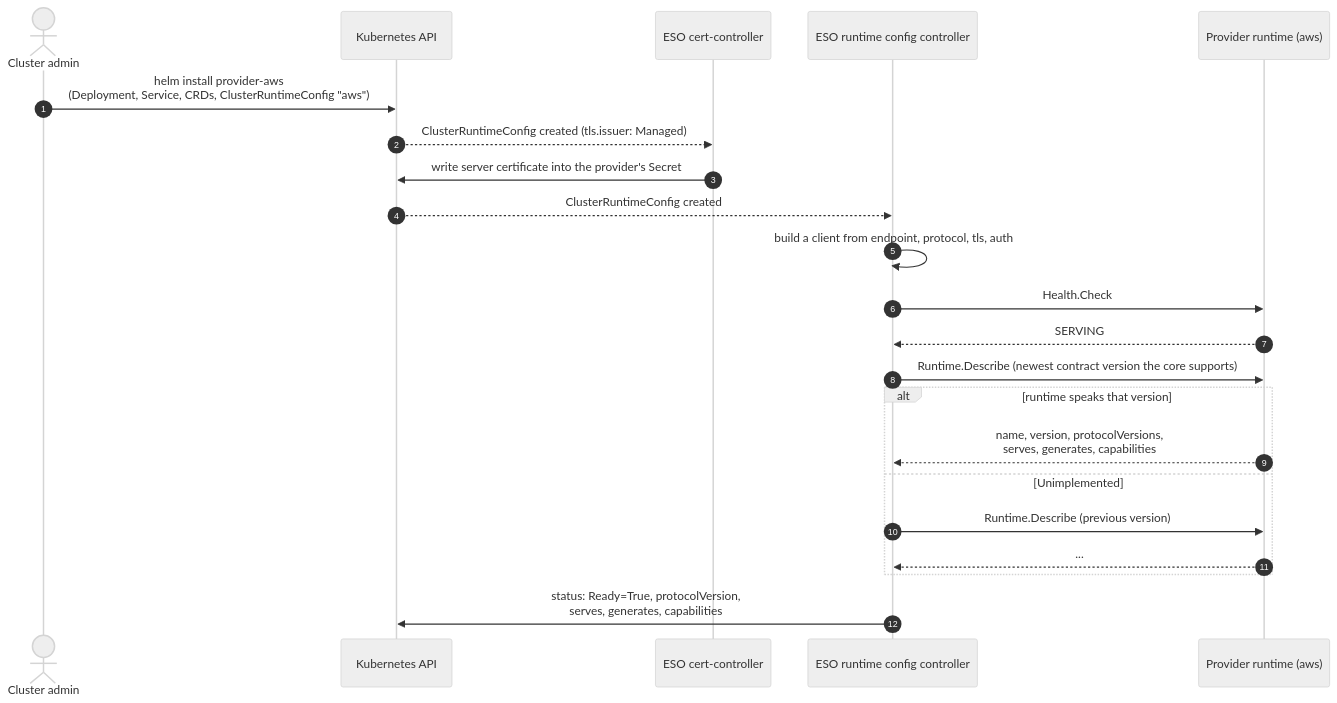
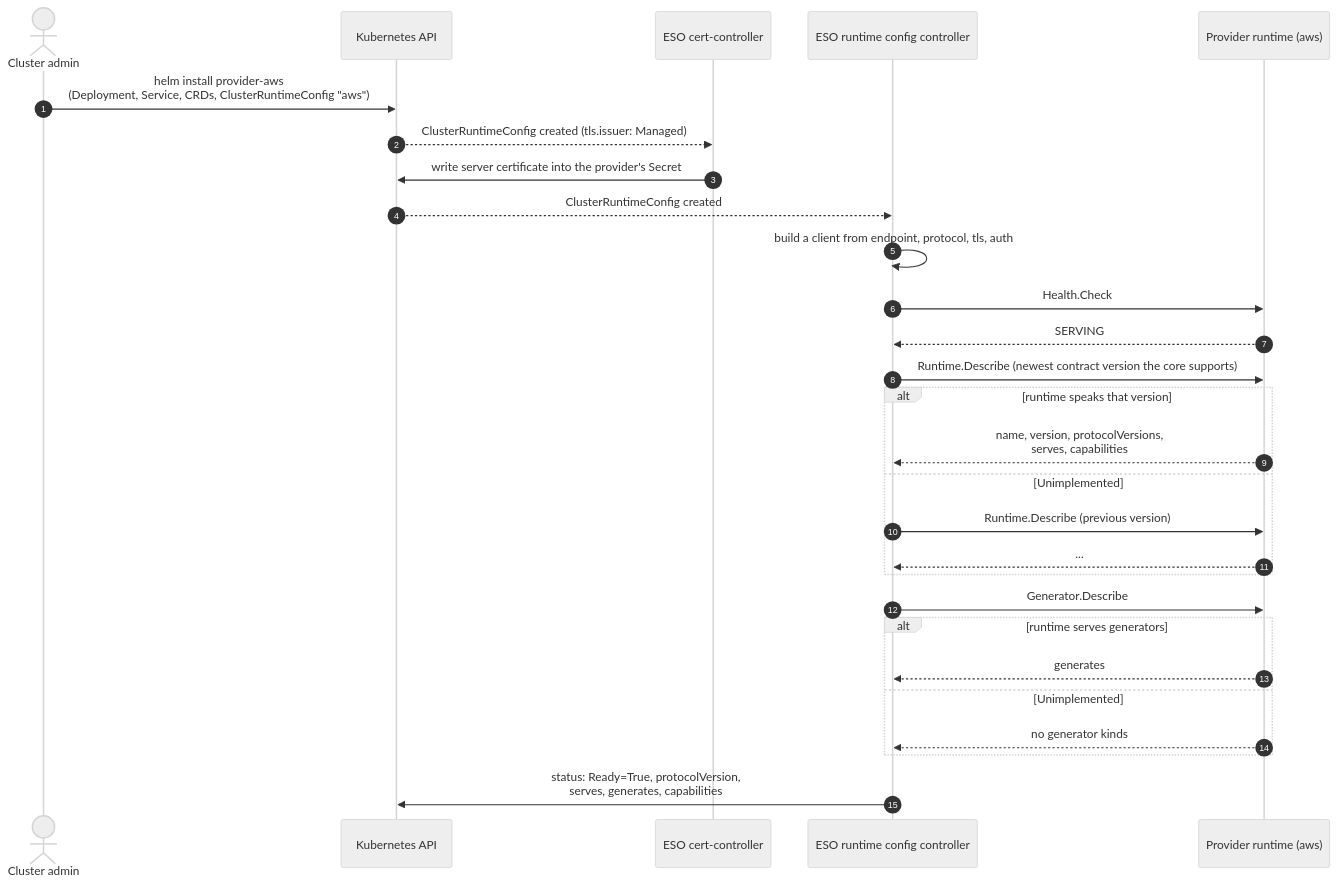
Before and after one commit to external-secrets/external-secrets: the first of 4 diagrams in design/014/PROTOCOL.md, drawn with Mermaid (neutral theme). The commit also changed other lines of this file and 4 other files, not shown here.

````diff
--- a/design/014/PROTOCOL.md
+++ b/design/014/PROTOCOL.md
@@ -141,25 +168,31 @@
 ```mermaid
 sequenceDiagram
     autonumber
     actor Admin as Cluster admin
     participant K as Kubernetes API
     participant CertC as ESO cert-controller
     participant RCC as ESO runtime config controller
     participant P as Provider runtime (aws)
 
     Admin->>K: helm install provider-aws<br/>(Deployment, Service, CRDs, ClusterRuntimeConfig "aws")
     K-->>CertC: ClusterRuntimeConfig created (tls.issuer: Managed)
     CertC->>K: write server certificate into the provider's Secret
     K-->>RCC: ClusterRuntimeConfig created
     RCC->>RCC: build a client from endpoint, protocol, tls, auth
     RCC->>P: Health.Check
     P-->>RCC: SERVING
     RCC->>P: Runtime.Describe (newest contract version the core supports)
     alt runtime speaks that version
-        P-->>RCC: name, version, protocolVersions,<br/>serves, generates, capabilities
+        P-->>RCC: name, version, protocolVersions,<br/>serves, capabilities
     else Unimplemented
         RCC->>P: Runtime.Describe (previous version)
         P-->>RCC: ...
     end
+    RCC->>P: Generator.Describe
+    alt runtime serves generators
+        P-->>RCC: generates
+    else Unimplemented
+        P-->>RCC: no generator kinds
+    end
     RCC->>K: status: Ready=True, protocolVersion,<br/>serves, generates, capabilities
 ```
````
